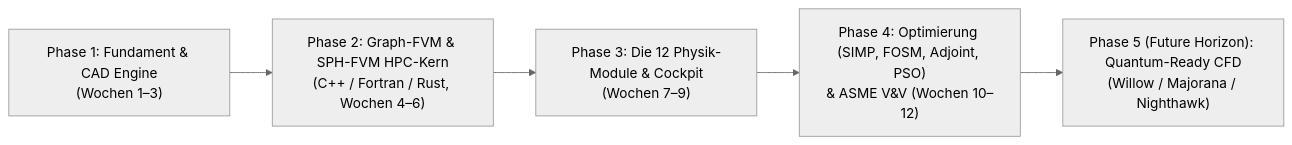
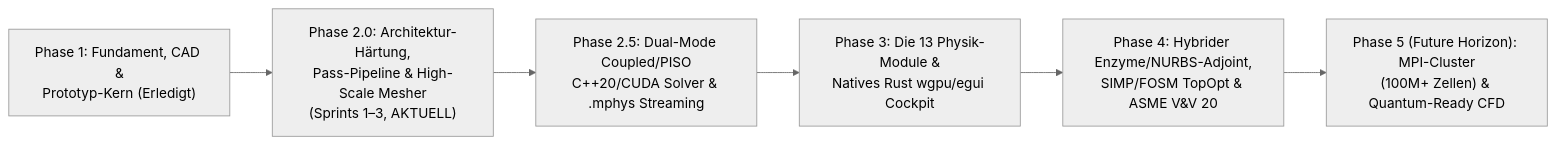
One commit to ihbml/MultiphysicsSolver changed the diagram in ROADMAP.md. Above: the diagram before and after it, drawn with Mermaid (neutral theme). The commit also changed other lines of this file and 35 other files, not shown here.

````diff
--- a/ROADMAP.md
+++ b/ROADMAP.md
@@ -9,7 +10,8 @@
 ```mermaid
 flowchart LR
-    P1["Phase 1: Fundament & CAD Engine<br/>(Wochen 1–3)"] --> P2["Phase 2: Graph-FVM & SPH-FVM HPC-Kern<br/>(C++ / Fortran / Rust, Wochen 4–6)"]
-    P2 --> P3["Phase 3: Die 12 Physik-Module & Cockpit<br/>(Wochen 7–9)"]
-    P3 --> P4["Phase 4: Optimierung (SIMP, FOSM, Adjoint, PSO)<br/>& ASME V&V (Wochen 10–12)"]
-    P4 --> P5["Phase 5 (Future Horizon): Quantum-Ready CFD<br/>(Willow / Majorana / Nighthawk)"]
+    P1["Phase 1: Fundament, CAD &<br/>Prototyp-Kern (Erledigt)"] --> P20["Phase 2.0: Architektur-Härtung,<br/>Pass-Pipeline & High-Scale Mesher<br/>(Sprints 1–3, AKTUELL)"]
+    P20 --> P25["Phase 2.5: Dual-Mode Coupled/PISO<br/>C++20/CUDA Solver & .mphys Streaming"]
+    P25 --> P3["Phase 3: Die 13 Physik-Module &<br/>Natives Rust wgpu/egui Cockpit"]
+    P3 --> P4["Phase 4: Hybrider Enzyme/NURBS-Adjoint,<br/>SIMP/FOSM TopOpt & ASME V&V 20"]
+    P4 --> P5["Phase 5 (Future Horizon): MPI-Cluster<br/>(100M+ Zellen) & Quantum-Ready CFD"]
 ```
````
